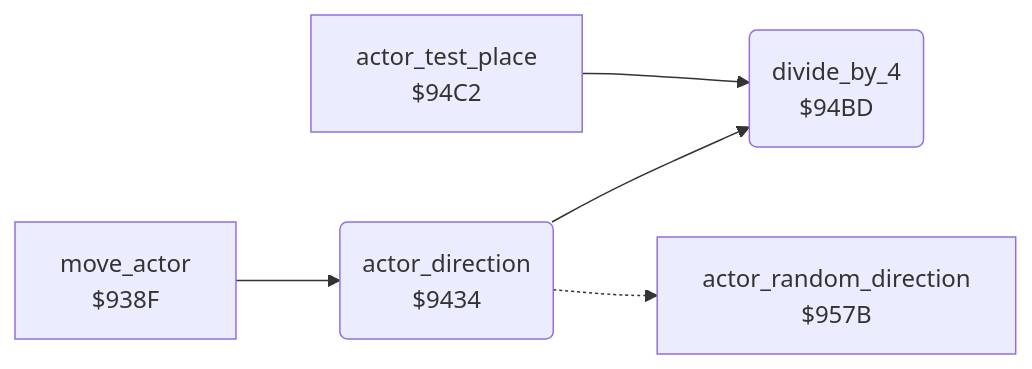
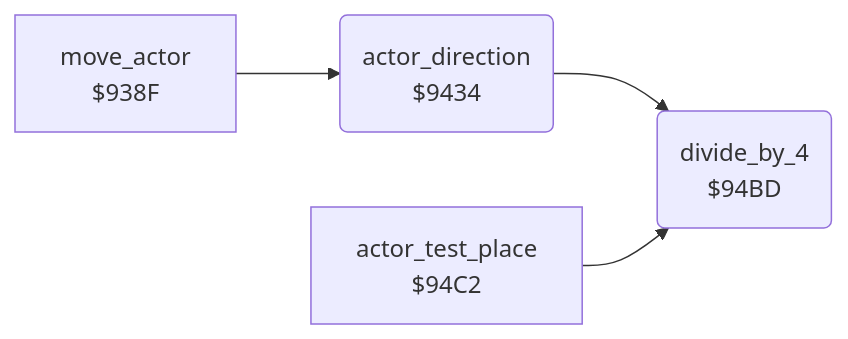
One commit to henols/c64_games changed the diagram in hover_bovver/docs/reference/modules/actors/actor_direction.md. Above: the diagram before and after it, drawn with Mermaid. The commit also changed other lines of this file and 1100 other files, not shown here.

````diff
--- a/hover_bovver/docs/reference/modules/actors/actor_direction.md
+++ b/hover_bovver/docs/reference/modules/actors/actor_direction.md
@@ -10,12 +17,10 @@
 ```mermaid
 flowchart LR
   n938f["move_actor<br/>$938F"]
   n9434("actor_direction<br/>$9434")
   n94bd("divide_by_4<br/>$94BD")
   n94c2["actor_test_place<br/>$94C2"]
-  n957b["actor_random_direction<br/>$957B"]
   n938f --> n9434
   n9434 --> n94bd
-  n9434 -.-> n957b
   n94c2 --> n94bd
 ```
````
